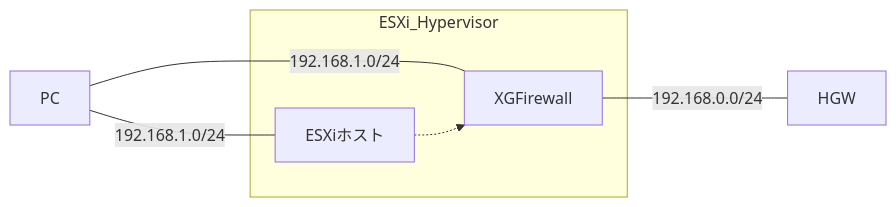
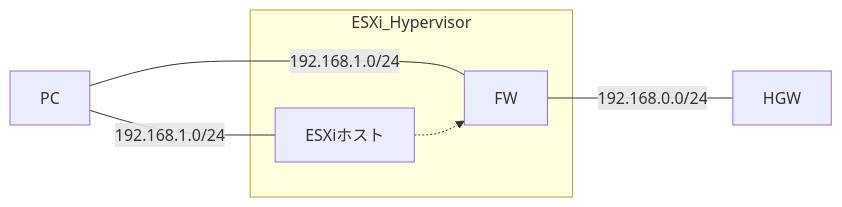
The diagram in source/_posts/InstallXG2.md (yoshi0808/new-technology), drawn with Mermaid before and after one commit. The commit also changed other lines of this file and 36 other files, not shown here.

```diff
--- a/source/_posts/InstallXG2.md
+++ b/source/_posts/InstallXG2.md
@@ -23,8 +23,8 @@
 {% mermaid graph LR %}
-  PC-- "192.168.1.0/24" ---XGFirewall
+  PC-- "192.168.1.0/24" ---FW
   PC-- "192.168.1.0/24" ---ESXiホスト
   subgraph ESXi_Hypervisor
-  ESXiホスト-.->XGFirewall
+  ESXiホスト-.->FW
   end
-  XGFirewall-- "192.168.0.0/24" ---HGW
+  FW-- "192.168.0.0/24" ---HGW
  {% endmermaid %}
```
